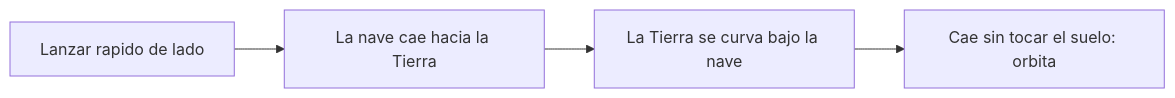
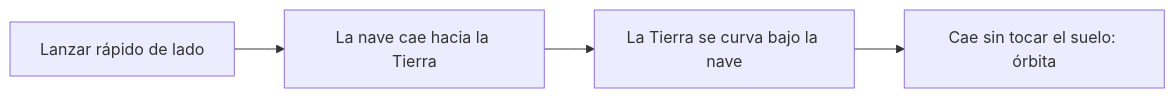
Before and after one commit to vladimiracunadev-create/machine-operator-program: the diagram in vehiculos/naves-espaciales/operacion/principios-nave-espacial.md, drawn with Mermaid. The commit also changed other lines of this file and 442 other files, not shown here.

````diff
--- a/vehiculos/naves-espaciales/operacion/principios-nave-espacial.md
+++ b/vehiculos/naves-espaciales/operacion/principios-nave-espacial.md
@@ -21,6 +21,6 @@
 ```mermaid
 flowchart LR
-    Lanza[Lanzar rapido de lado] --> Cae[La nave cae hacia la Tierra]
+    Lanza[Lanzar rápido de lado] --> Cae[La nave cae hacia la Tierra]
     Cae --> Curva[La Tierra se curva bajo la nave]
-    Curva --> Orbita[Cae sin tocar el suelo: orbita]
+    Curva --> Orbita[Cae sin tocar el suelo: órbita]
 ```
````
